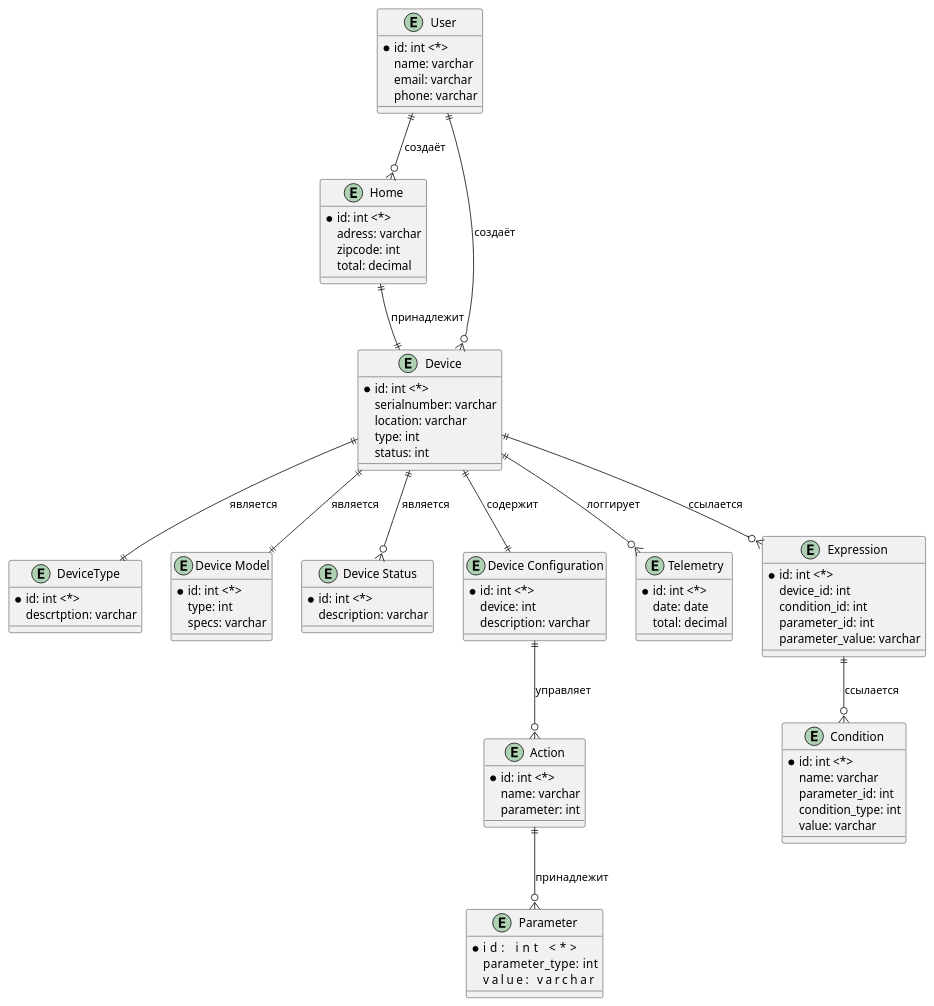
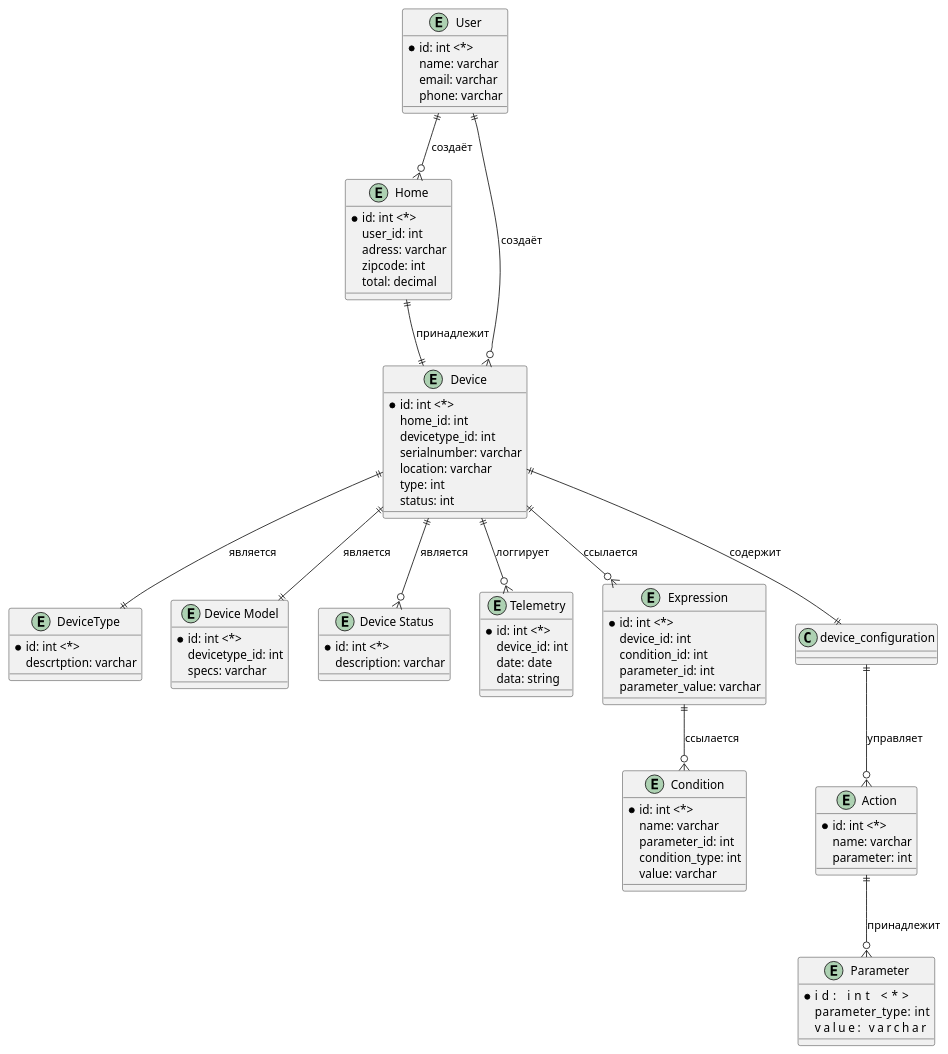
One commit to yailiaya/yp-architecture-warmhouse changed the diagram in apps/diagrams/_ToBe_Warmhouse_ER.puml. Above: the diagram before and after it, drawn with PlantUML.

Commit message:
Update ER diagramm

```diff
--- a/apps/diagrams/_ToBe_Warmhouse_ER.puml
+++ b/apps/diagrams/_ToBe_Warmhouse_ER.puml
@@ -1,96 +1,94 @@
 @startuml
 
 ' Entities
 entity "User" as user {
   *id: int <*>
   name: varchar
   email: varchar
   phone: varchar
 }
 
 entity "Home" as home {
   *id: int <*>
+  user_id: int
   adress: varchar
   zipcode: int
   total: decimal
 }
 
 entity "Device" as device {
   *id: int <*>
+  home_id: int
+  devicetype_id: int
   serialnumber: varchar
   location: varchar
   type: int
   status: int
 }
 
 entity "DeviceType" as device_type {
   *id: int <*>
   descrtption: varchar
 }
 
 entity "Device Model" as device_model {
   *id: int <*>
-  type: int
+  devicetype_id: int
   specs: varchar
 }
 
 entity "Device Status" as device_status {
   *id: int <*>
   description: varchar
 }
 
-entity "Device Configuration" as device_configuration {
-  *id: int <*>
-  device: int
-  description: varchar
-}
-
 entity "Telemetry" as telemetry_record {
   *id: int <*>
+  device_id: int
   date: date
-  total: decimal
+  data: string
 }
 
 entity "Parameter" as parameter {
   *id:              int <*>
   parameter_type:   int
   value:            varchar
 }
 
 entity "Action" as action {
   *id: int <*>
   name: varchar
   parameter: int
 }
 
 entity "Expression" as expression {
   *id: int <*>
   device_id: int
   condition_id: int
   parameter_id: int
   parameter_value: varchar
 }
 
 entity "Condition" as condition {
   *id: int <*>
   name: varchar
   parameter_id: int
   condition_type: int
   value: varchar
 }
 
 ' Relations
 user ||--o{ home : "создаёт"
 user ||--o{ device : "создаёт"
 home ||--|| device : "принадлежит"
 device ||--|| device_type : "является"
 device ||--|| device_model : "является"
 device ||--o{ device_status : "является"
 device ||--o{ telemetry_record : "логгирует"
 device ||--|| device_configuration : "содержит"
 device_configuration ||--o{ action : "управляет"
 action ||--o{ parameter : "принадлежит"
 device ||--o{ expression : "ссылается"
 expression ||--o{ condition : "ссылается"
 
 @enduml
```
